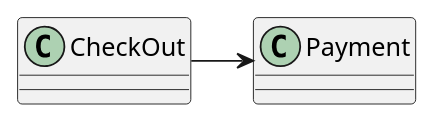
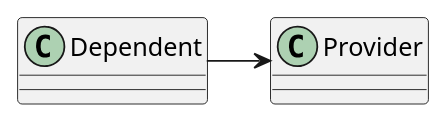
The diagram in diagram/association.puml (rakavai/blogs), drawn with PlantUML before and after one commit. The commit also changed 3 other files, not shown here.

```diff
--- a/diagram/association.puml
+++ b/diagram/association.puml
@@ -1,9 +1,9 @@
 @startuml
 'https://plantuml.com/class-diagram
 
-class CheckOut
-class Payment
+class Dependent
+class Provider
 
-CheckOut -> Payment
+Dependent -> Provider
 
 @enduml
```
